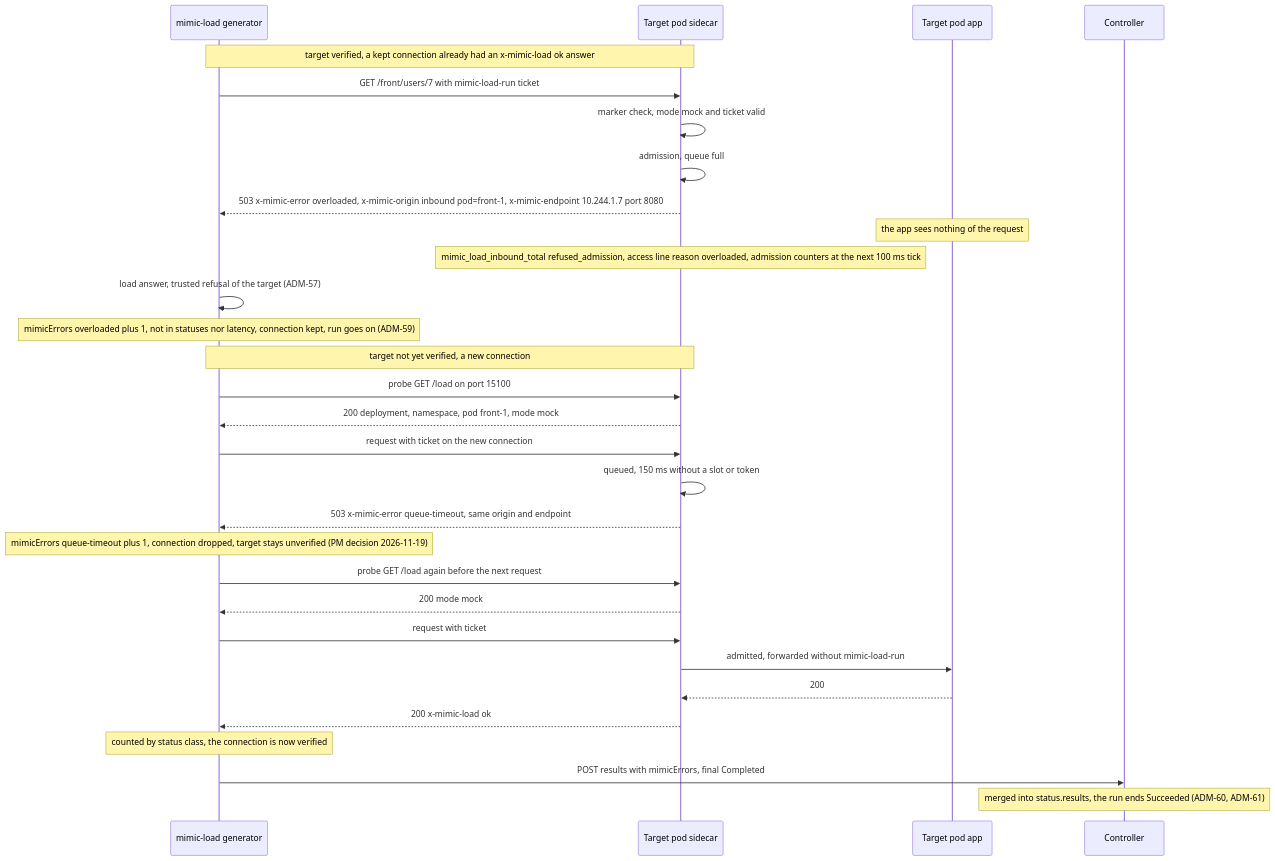
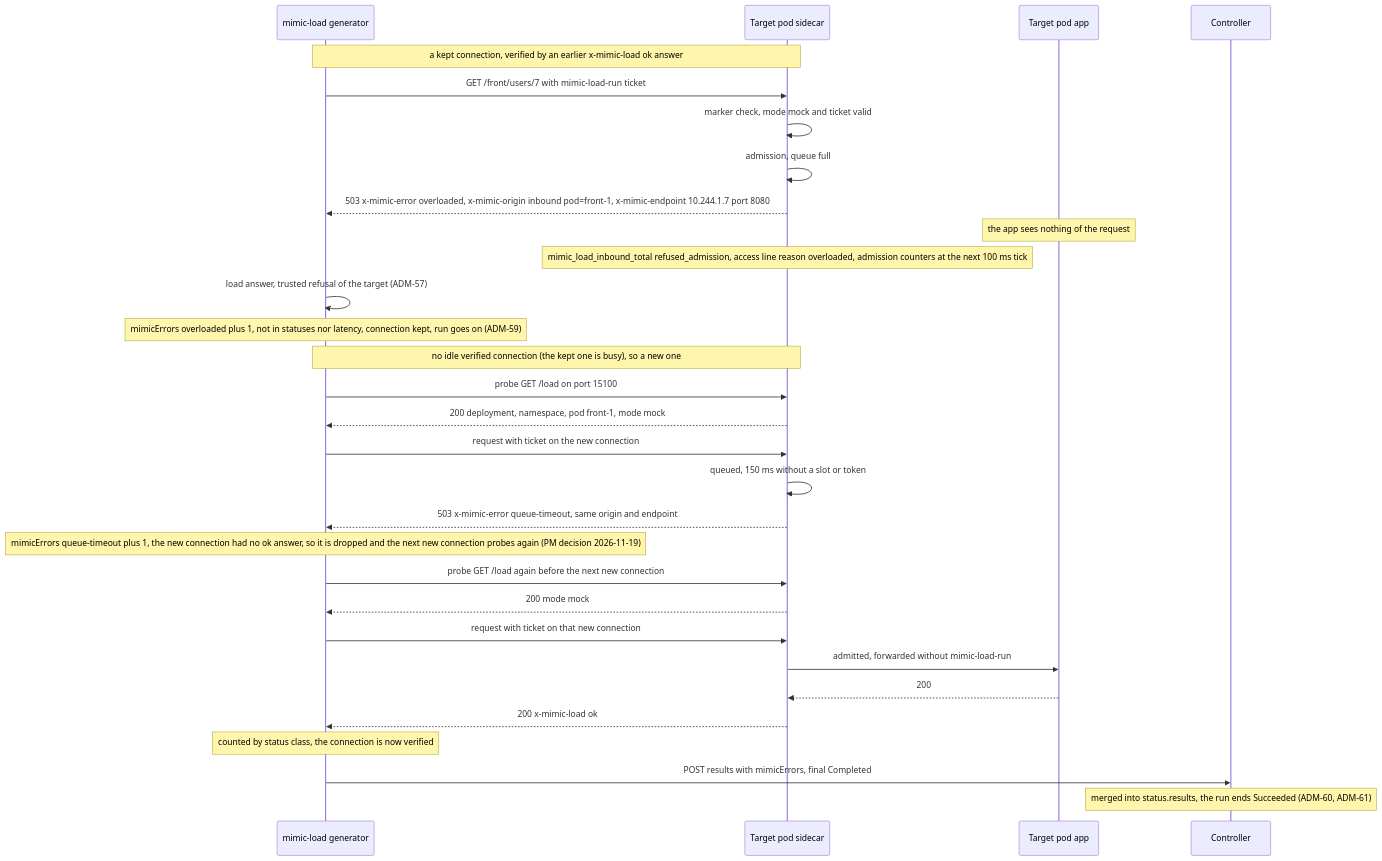
The fourth of 4 diagrams in docs/design/mesh/m5-admission.md (Thaliph/mock-server), drawn with Mermaid before and after one commit. The commit also changed 3 other files, not shown here.

First line of the commit message:
docs: utilisation thresholds drawn, the m5 diagram's connection, the two endpoint readers (#454)

````diff
--- a/docs/design/mesh/m5-admission.md
+++ b/docs/design/mesh/m5-admission.md
@@ -196,32 +196,32 @@
 ```mermaid
 sequenceDiagram
   participant G as mimic-load generator
   participant S as Target pod sidecar
   participant A as Target pod app
   participant C as Controller
-  Note over G,S: target verified, a kept connection already had an x-mimic-load ok answer
+  Note over G,S: a kept connection, verified by an earlier x-mimic-load ok answer
   G->>S: GET /front/users/7 with mimic-load-run ticket
   S->>S: marker check, mode mock and ticket valid
   S->>S: admission, queue full
   S-->>G: 503 x-mimic-error overloaded, x-mimic-origin inbound pod=front-1, x-mimic-endpoint 10.244.1.7 port 8080
   Note over A: the app sees nothing of the request
   Note over S: mimic_load_inbound_total refused_admission, access line reason overloaded, admission counters at the next 100 ms tick
   G->>G: load answer, trusted refusal of the target (ADM-57)
   Note over G: mimicErrors overloaded plus 1, not in statuses nor latency, connection kept, run goes on (ADM-59)
-  Note over G,S: target not yet verified, a new connection
+  Note over G,S: no idle verified connection (the kept one is busy), so a new one
   G->>S: probe GET /load on port 15100
   S-->>G: 200 deployment, namespace, pod front-1, mode mock
   G->>S: request with ticket on the new connection
   S->>S: queued, 150 ms without a slot or token
   S-->>G: 503 x-mimic-error queue-timeout, same origin and endpoint
-  Note over G: mimicErrors queue-timeout plus 1, connection dropped, target stays unverified (PM decision 2026-11-19)
-  G->>S: probe GET /load again before the next request
+  Note over G: mimicErrors queue-timeout plus 1, the new connection had no ok answer, so it is dropped and the next new connection probes again (PM decision 2026-11-19)
+  G->>S: probe GET /load again before the next new connection
   S-->>G: 200 mode mock
-  G->>S: request with ticket
+  G->>S: request with ticket on that new connection
   S->>A: admitted, forwarded without mimic-load-run
   A-->>S: 200
   S-->>G: 200 x-mimic-load ok
   Note over G: counted by status class, the connection is now verified
   G->>C: POST results with mimicErrors, final Completed
   Note over C: merged into status.results, the run ends Succeeded (ADM-60, ADM-61)
 ```
````
